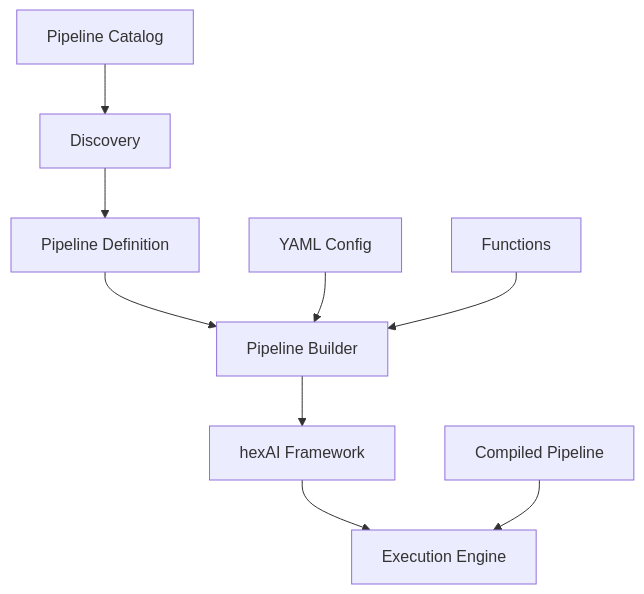
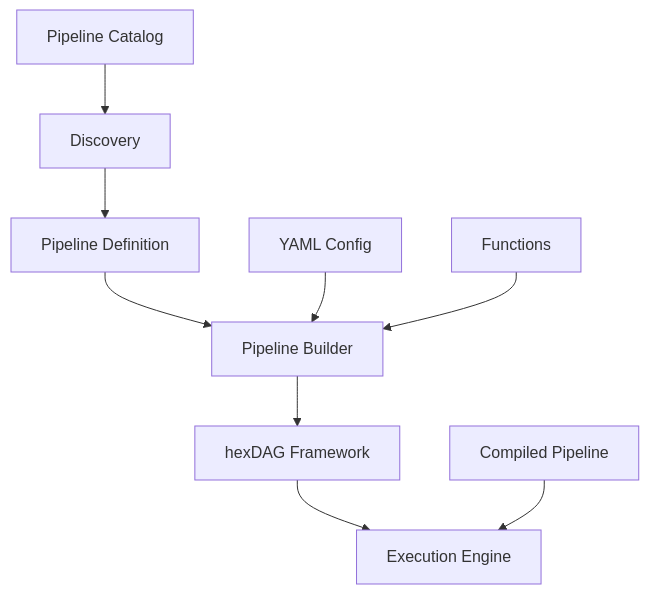
The diagram in hexdag/core/pipeline_builder/PIPELINES_IMPLEMENTATION_GUIDE.md (omniviser/hexDAG), drawn with Mermaid before and after one commit. The commit also changed other lines of this file and 96 other files, not shown here.

````diff
--- a/hexdag/core/pipeline_builder/PIPELINES_IMPLEMENTATION_GUIDE.md
+++ b/hexdag/core/pipeline_builder/PIPELINES_IMPLEMENTATION_GUIDE.md
@@ -98,13 +98,13 @@
 ```mermaid
 graph TD
     A[Pipeline Definition] --> B[Pipeline Builder]
-    B --> C[hexAI Framework]
+    B --> C[hexDAG Framework]
     C --> D[Execution Engine]
 
     E[YAML Config] --> B
     F[Functions] --> B
     G[Compiled Pipeline] --> D
 
     H[Pipeline Catalog] --> I[Discovery]
     I --> A
 ```
````
